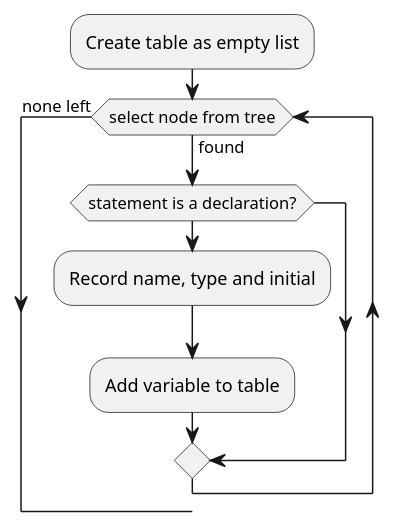
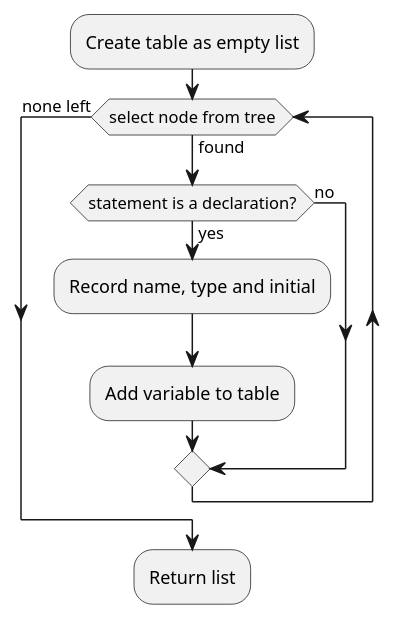
Before and after one commit to sj19217/CS-Coursework: the third of 7 diagrams in Compiler/algorithms_structure.md, drawn with PlantUML. The commit also changed other lines of this file and 1 other file, not shown here.

````diff
--- a/Compiler/algorithms_structure.md
+++ b/Compiler/algorithms_structure.md
@@ -107,11 +107,13 @@
 ```plantuml
 @startuml
 :Create table as empty list;
 while (select node from tree) is (found)
-    if (statement is a declaration?)
+    if (statement is a declaration?) then (yes)
         :Record name, type and initial;
         :Add variable to table;
+    else (no)
     endif
 endwhile (none left)
+:Return list;
 @enduml
 ```
````
